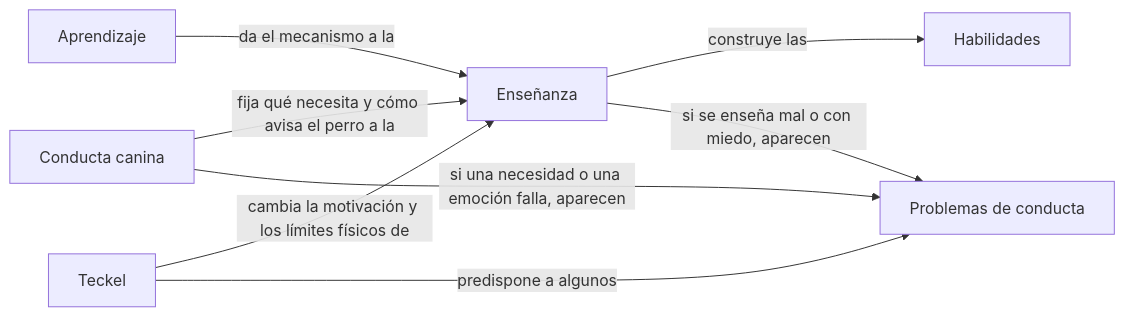
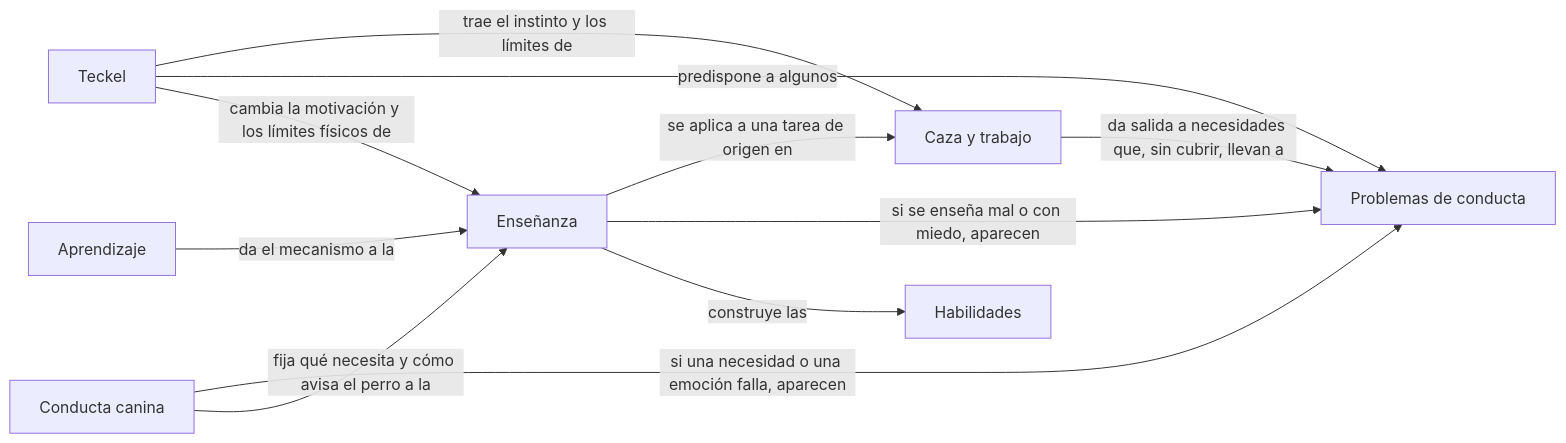
The diagram in Adiestramiento-canino/adiestramiento-canino.md (mtsdlf/conocimiento), drawn with Mermaid before and after one commit. The commit also changed other lines of this file and 18 other files, not shown here.

First line of the commit message:
Adiestramiento canino: Caza y trabajo del teckel (borrador)

````diff
--- a/Adiestramiento-canino/adiestramiento-canino.md
+++ b/Adiestramiento-canino/adiestramiento-canino.md
@@ -28,10 +28,13 @@
 ```mermaid
 flowchart LR
   A[Aprendizaje] -->|da el mecanismo a la| E[Enseñanza]
   C[Conducta canina] -->|fija qué necesita y cómo avisa el perro a la| E
   E -->|construye las| H[Habilidades]
   C -->|si una necesidad o una emoción falla, aparecen| P[Problemas de conducta]
   E -->|si se enseña mal o con miedo, aparecen| P
   T[Teckel] -->|cambia la motivación y los límites físicos de| E
   T -->|predispone a algunos| P
+  E -->|se aplica a una tarea de origen en| K[Caza y trabajo]
+  T -->|trae el instinto y los límites de| K
+  K -->|da salida a necesidades que, sin cubrir, llevan a| P
 ```
````
